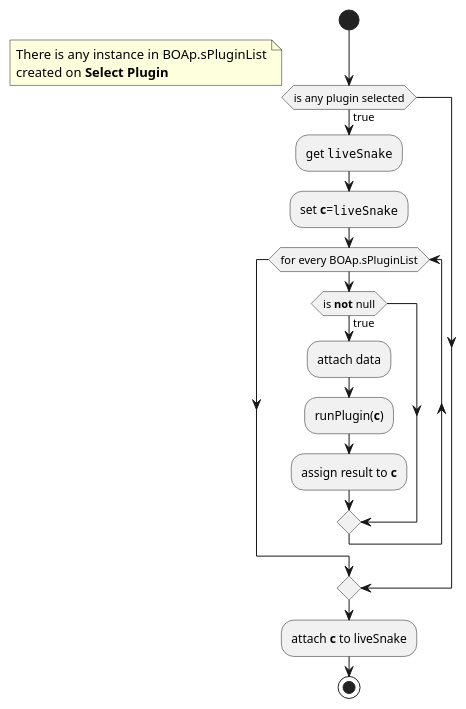
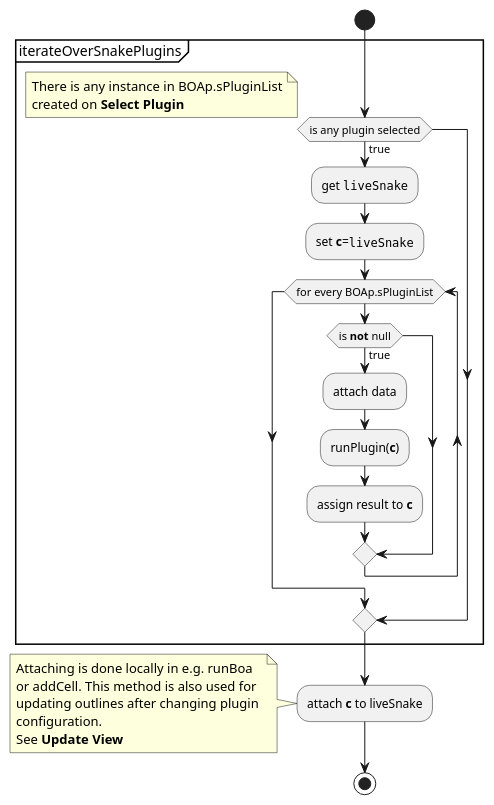
The third of 7 diagrams in Doxygen_doc/SnakePlugin.md (CellDynamics/QuimP), drawn with PlantUML before and after one commit. The commit also changed other lines of this file and 2 other files, not shown here.

```diff
--- a/Doxygen_doc/SnakePlugin.md
+++ b/Doxygen_doc/SnakePlugin.md
@@ -190,17 +193,26 @@
 @startuml
 start
+partition iterateOverSnakePlugins {
 if (is any plugin selected) then (true)
 note left: There is any instance in BOAp.sPluginList\ncreated on **Select Plugin**
 :get ""liveSnake"";
 :set **c**=""liveSnake"";
 while (for every BOAp.sPluginList)
 if (is **not** null) then (true)
 :attach data;
 :runPlugin(**c**);
 :assign result to **c**;
 endif
 endwhile
 endif
+}
 :attach **c** to liveSnake;
+note left
+Attaching is done locally in e.g. runBoa
+or addCell. This method is also used for
+updating outlines after changing plugin 
+configuration. 
+See **Update View**
+end note
 stop
 @enduml
```
